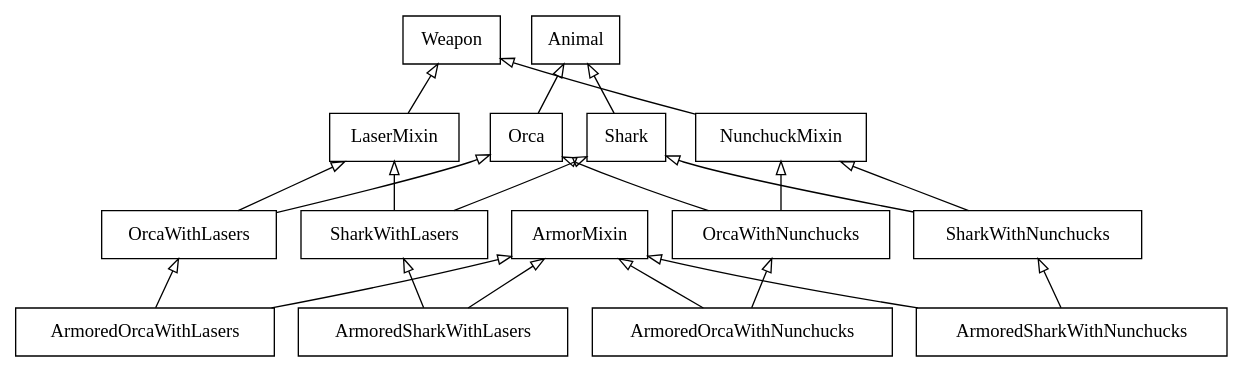
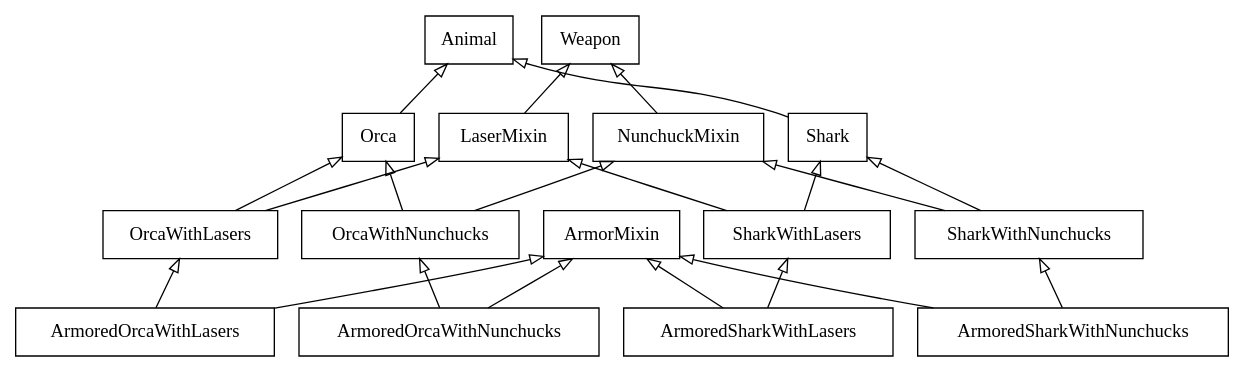
One commit to slinkp/inheritance_talk changed the diagram in samples/shark_inherit_3.py.dot. Above: the diagram before and after it, drawn with Graphviz.

Commit message:
regen dots

```diff
--- a/samples/shark_inherit_3.py.dot
+++ b/samples/shark_inherit_3.py.dot
@@ -1,39 +1,39 @@
 digraph "classes_No_Name" {
 charset="utf-8"
 rankdir=BT
 "2" [label="ArmoredOrcaWithLasers", shape="record"];
-"3" [label="OrcaWithLasers", shape="record"];
-"4" [label="Orca", shape="record"];
-"5" [label="Animal", shape="record"];
-"6" [label="LaserMixin", shape="record"];
-"7" [label="Weapon", shape="record"];
-"8" [label="ArmorMixin", shape="record"];
+"3" [label="ArmorMixin", shape="record"];
+"4" [label="OrcaWithLasers", shape="record"];
+"5" [label="LaserMixin", shape="record"];
+"6" [label="Weapon", shape="record"];
+"7" [label="Orca", shape="record"];
+"8" [label="Animal", shape="record"];
 "9" [label="Shark", shape="record"];
 "10" [label="ArmoredSharkWithLasers", shape="record"];
 "11" [label="SharkWithLasers", shape="record"];
 "12" [label="OrcaWithNunchucks", shape="record"];
 "13" [label="NunchuckMixin", shape="record"];
 "14" [label="ArmoredOrcaWithNunchucks", shape="record"];
 "15" [label="ArmoredSharkWithNunchucks", shape="record"];
 "16" [label="SharkWithNunchucks", shape="record"];
 "2" -> "3" [arrowhead="empty", arrowtail="none"];
-"2" -> "8" [arrowhead="empty", arrowtail="none"];
-"3" -> "4" [arrowhead="empty", arrowtail="none"];
-"3" -> "6" [arrowhead="empty", arrowtail="none"];
+"2" -> "4" [arrowhead="empty", arrowtail="none"];
 "4" -> "5" [arrowhead="empty", arrowtail="none"];
-"6" -> "7" [arrowhead="empty", arrowtail="none"];
-"9" -> "5" [arrowhead="empty", arrowtail="none"];
+"4" -> "7" [arrowhead="empty", arrowtail="none"];
+"5" -> "6" [arrowhead="empty", arrowtail="none"];
+"7" -> "8" [arrowhead="empty", arrowtail="none"];
+"9" -> "8" [arrowhead="empty", arrowtail="none"];
+"10" -> "3" [arrowhead="empty", arrowtail="none"];
 "10" -> "11" [arrowhead="empty", arrowtail="none"];
-"10" -> "8" [arrowhead="empty", arrowtail="none"];
+"11" -> "5" [arrowhead="empty", arrowtail="none"];
 "11" -> "9" [arrowhead="empty", arrowtail="none"];
-"11" -> "6" [arrowhead="empty", arrowtail="none"];
-"12" -> "4" [arrowhead="empty", arrowtail="none"];
 "12" -> "13" [arrowhead="empty", arrowtail="none"];
-"13" -> "7" [arrowhead="empty", arrowtail="none"];
+"12" -> "7" [arrowhead="empty", arrowtail="none"];
+"13" -> "6" [arrowhead="empty", arrowtail="none"];
+"14" -> "3" [arrowhead="empty", arrowtail="none"];
 "14" -> "12" [arrowhead="empty", arrowtail="none"];
-"14" -> "8" [arrowhead="empty", arrowtail="none"];
+"15" -> "3" [arrowhead="empty", arrowtail="none"];
 "15" -> "16" [arrowhead="empty", arrowtail="none"];
-"15" -> "8" [arrowhead="empty", arrowtail="none"];
+"16" -> "13" [arrowhead="empty", arrowtail="none"];
 "16" -> "9" [arrowhead="empty", arrowtail="none"];
-"16" -> "13" [arrowhead="empty", arrowtail="none"];
 }
```
